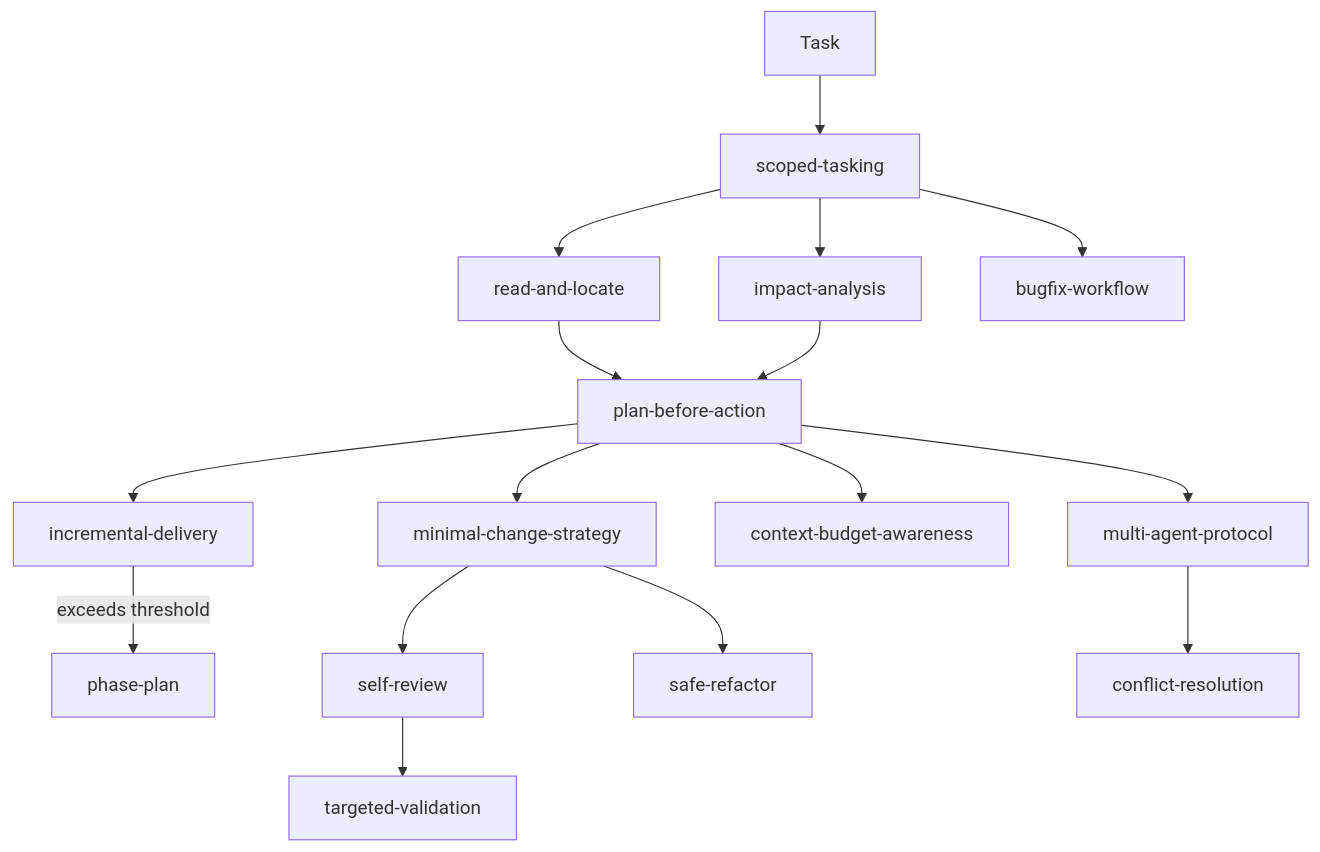
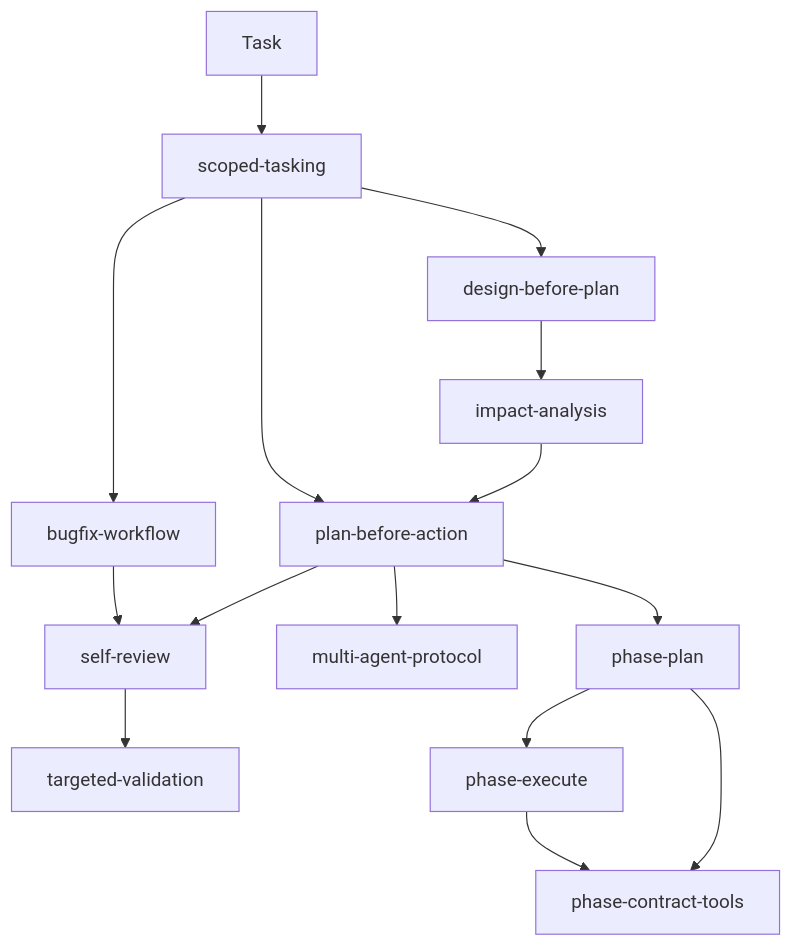
The diagram in README.md (nickdu2009/agent-skills), drawn with Mermaid before and after one commit. The commit also changed other lines of this file and 4 other files, not shown here.

````diff
--- a/README.md
+++ b/README.md
@@ -9,18 +7,17 @@
 ```mermaid
 flowchart TD
     T[Task] --> S[scoped-tasking]
-    S --> R[read-and-locate]
-    S --> IA[impact-analysis]
-    R --> P[plan-before-action]
+    S --> B[bugfix-workflow]
+    S --> P[plan-before-action]
+    S --> D[design-before-plan]
+    D --> IA[impact-analysis]
     IA --> P
-    P --> ID[incremental-delivery]
-    ID -->|exceeds threshold| PP[phase-plan]
-    P --> M[minimal-change-strategy]
-    M --> SR[self-review]
+    P --> SR[self-review]
+    B --> SR
     SR --> V[targeted-validation]
-    P --> C[context-budget-awareness]
-    M --> F[safe-refactor]
-    S --> B[bugfix-workflow]
     P --> O[multi-agent-protocol]
-    O --> X[conflict-resolution]
+    P --> PP[phase-plan]
+    PP --> PE[phase-execute]
+    PP --> PCT[phase-contract-tools]
+    PE --> PCT
 ```
````
